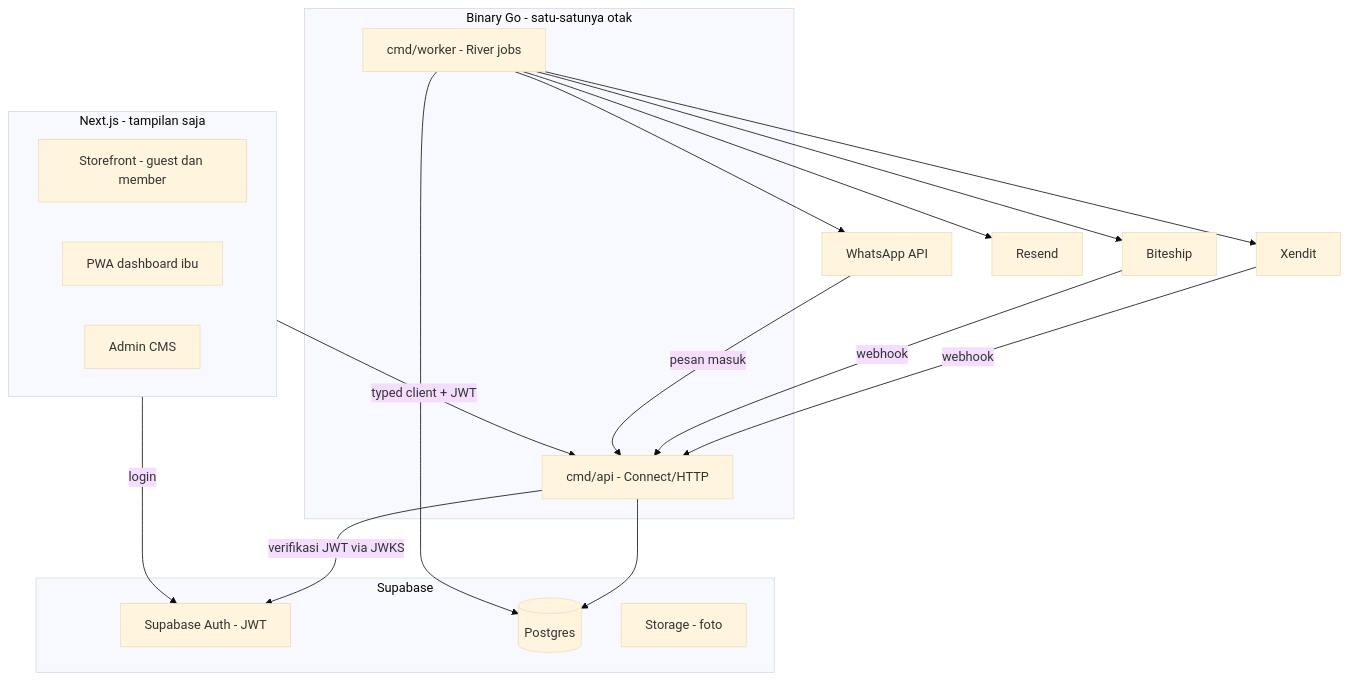
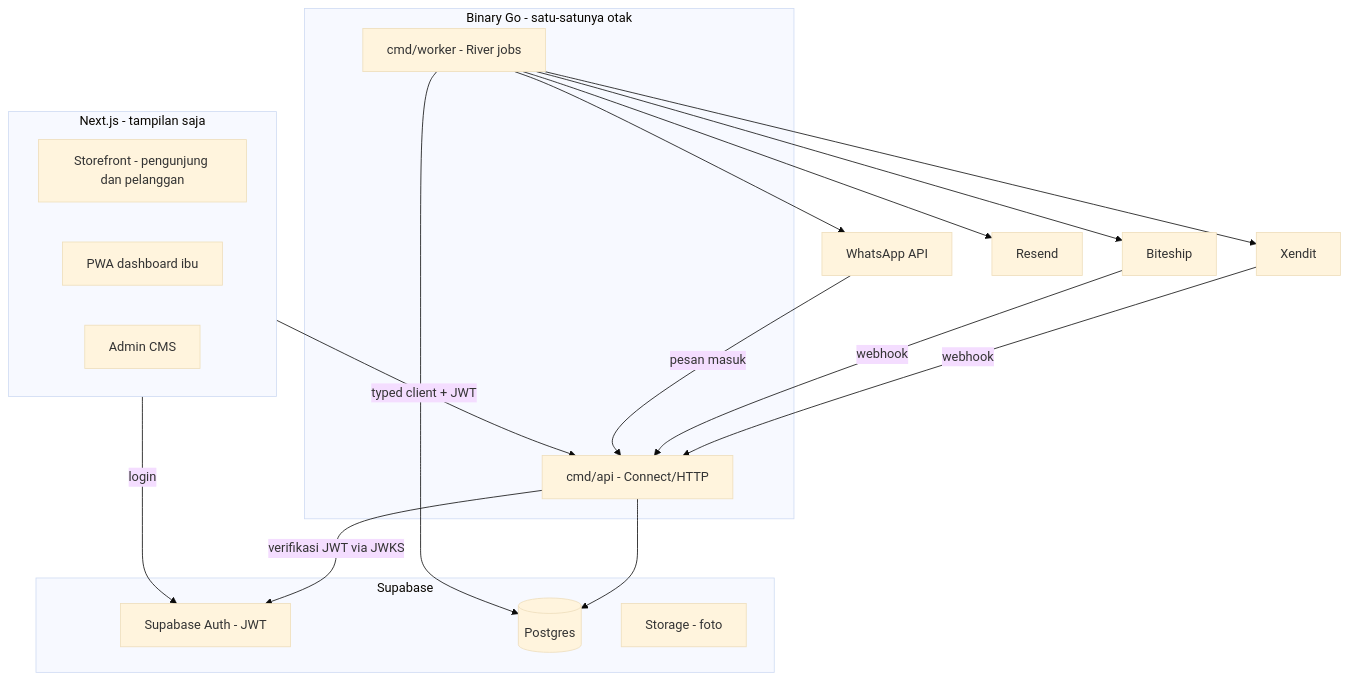
One commit to Zefanrakh/kue-preorder changed the first of 4 diagrams in docs/architecture.md. Above: the diagram before and after it, drawn with Mermaid (base theme). The commit also changed other lines of this file and 54 other files, not shown here.

````diff
--- a/docs/architecture.md
+++ b/docs/architecture.md
@@ -71,37 +71,37 @@
 ```mermaid
 flowchart TD
     subgraph Frontend[Next.js - tampilan saja]
-      SHOP[Storefront - guest dan member]
+      SHOP[Storefront - pengunjung dan pelanggan]
       DASH[PWA dashboard ibu]
       CMS[Admin CMS]
     end
 
     subgraph Bin[Binary Go - satu-satunya otak]
       API[cmd/api - Connect/HTTP]
       WORKER[cmd/worker - River jobs]
     end
 
     subgraph Supabase
       AUTH[Supabase Auth - JWT]
       DB[(Postgres)]
       STORE[Storage - foto]
     end
 
     XENDIT[Xendit]
     BITESHIP[Biteship]
     WA[WhatsApp API]
     RESEND[Resend]
 
     Frontend -->|login| AUTH
     Frontend -->|typed client + JWT| API
     API -->|verifikasi JWT via JWKS| AUTH
     API --> DB
     WORKER --> DB
     XENDIT -->|webhook| API
     BITESHIP -->|webhook| API
     WA -->|pesan masuk| API
     WORKER --> XENDIT
     WORKER --> BITESHIP
     WORKER --> WA
     WORKER --> RESEND
 ```
````
